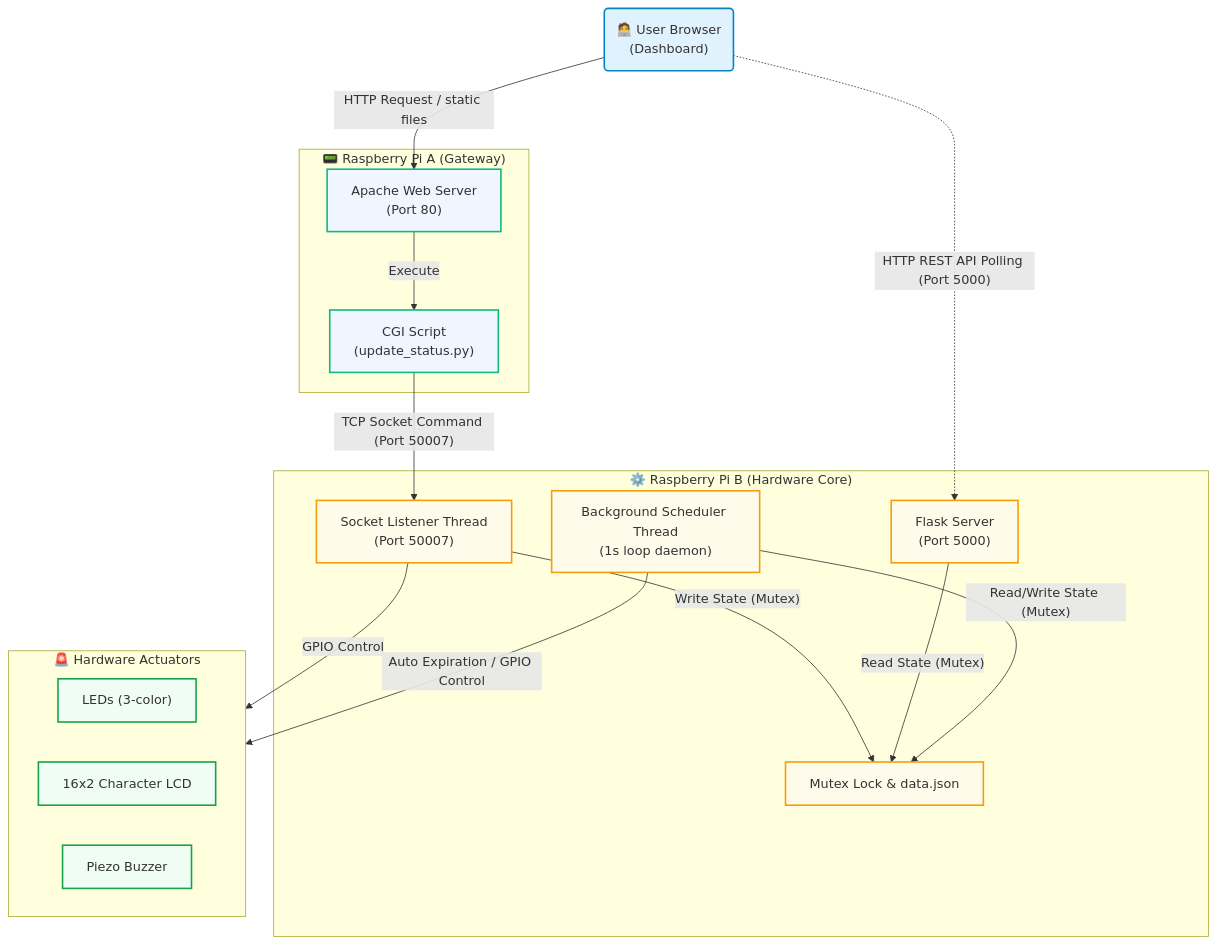
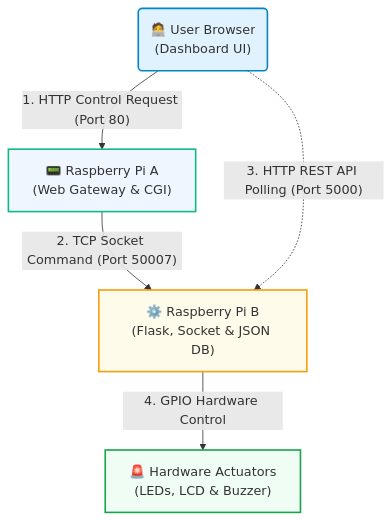
Before and after one commit to hjn5018/light_reservation: the first of 2 diagrams in presentation/diagrams.md, drawn with Mermaid. The commit also changed other lines of this file, not shown here.

Commit message:
docs: Simplify diagrams.md Mermaid diagrams for high readability and larger text

````diff
--- a/presentation/diagrams.md
+++ b/presentation/diagrams.md
@@ -17,38 +17,17 @@
 ```mermaid
 graph TD
     classDef user fill:#e0f2fe,stroke:#0284c7,stroke-width:2px;
     classDef pia fill:#eff6ff,stroke:#10b981,stroke-width:2px;
     classDef pib fill:#fffbeb,stroke:#f59e0b,stroke-width:2px;
     classDef hw fill:#f0fdf4,stroke:#16a34a,stroke-width:2px;
 
-    User("🧑‍💻 User Browser<br>(Dashboard)"):::user
-    
-    subgraph PiA ["📟 Raspberry Pi A (Gateway)"]
-        Apache["Apache Web Server<br>(Port 80)"]:::pia
-        CGI["CGI Script<br>(update_status.py)"]:::pia
-    end
-    
-    subgraph PiB ["⚙️ Raspberry Pi B (Hardware Core)"]
-        Flask["Flask Server<br>(Port 5000)"]:::pib
-        Socket["Socket Listener Thread<br>(Port 50007)"]:::pib
-        Mutex["Mutex Lock & data.json"]:::pib
-        Scheduler["Background Scheduler Thread<br>(1s loop daemon)"]:::pib
-    end
-    
-    subgraph HW ["🚨 Hardware Actuators"]
-        LED["LEDs (3-color)"]:::hw
-        LCD["16x2 Character LCD"]:::hw
-        Buzzer["Piezo Buzzer"]:::hw
-    end
-    
-    User -->|"HTTP Request / static files"| Apache
-    Apache -->|"Execute"| CGI
-    CGI -->|"TCP Socket Command (Port 50007)"| Socket
-    User -.->|"HTTP REST API Polling (Port 5000)"| Flask
-    Socket -->|"Write State (Mutex)"| Mutex
-    Flask -->|"Read State (Mutex)"| Mutex
-    Scheduler -->|"Read/Write State (Mutex)"| Mutex
-    
-    Socket -->|"GPIO Control"| HW
-    Scheduler -->|"Auto Expiration / GPIO Control"| HW
+    User("🧑‍💻 User Browser<br>(Dashboard UI)"):::user
+    PiA["📟 Raspberry Pi A<br>(Web Gateway & CGI)"]:::pia
+    PiB["⚙️ Raspberry Pi B<br>(Flask, Socket & JSON DB)"]:::pib
+    HW["🚨 Hardware Actuators<br>(LEDs, LCD & Buzzer)"]:::hw
+
+    User -->|"1. HTTP Control Request (Port 80)"| PiA
+    PiA -->|"2. TCP Socket Command (Port 50007)"| PiB
+    User -.->|"3. HTTP REST API Polling (Port 5000)"| PiB
+    PiB -->|"4. GPIO Hardware Control"| HW
 ```
````
